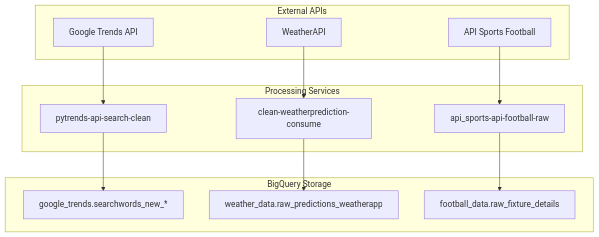
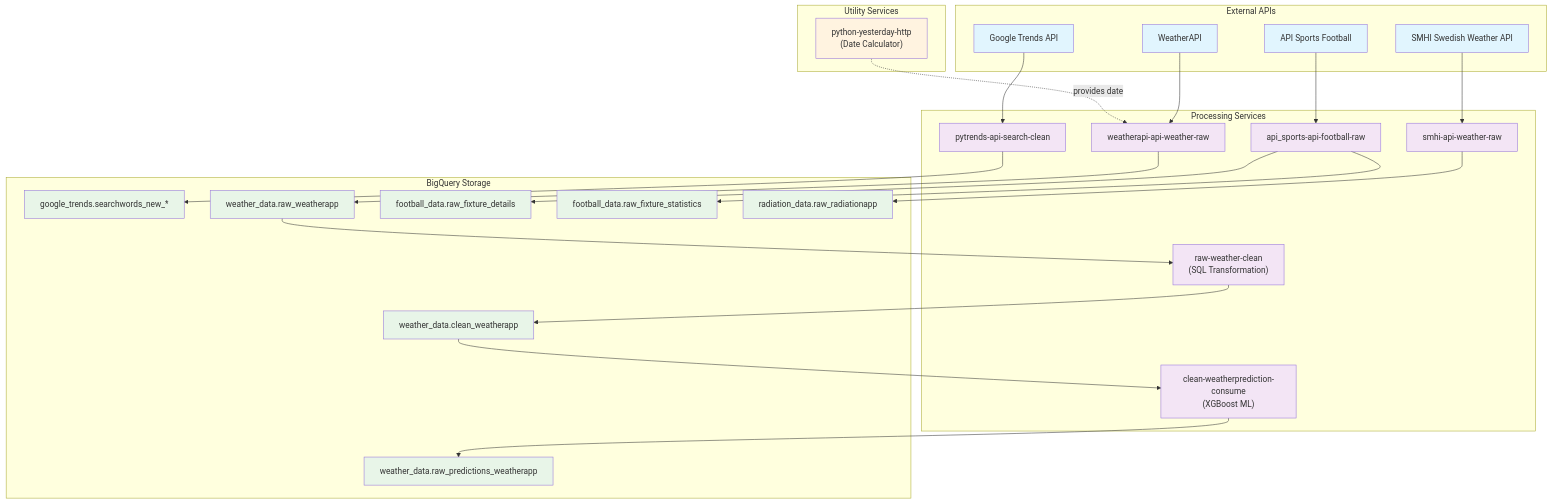
The diagram in README.md (FutureGoose/stockholm-analytics-pipeline), drawn with Mermaid before and after one commit. The commit also changed other lines of this file and 3 other files, not shown here.

````diff
--- a/README.md
+++ b/README.md
@@ -50,24 +58,55 @@
 ```mermaid
 graph TB
     subgraph "External APIs"
         GAPI["Google Trends API"]
         WAPI["WeatherAPI"]
         FAPI["API Sports Football"]
+        SMHI["SMHI Swedish Weather API"]
+    end
+    
+    subgraph "Utility Services"
+        DATE["python-yesterday-http<br/>(Date Calculator)"]
     end
     
     subgraph "Processing Services"
         PTS["pytrends-api-search-clean"]
-        CWP["clean-weatherprediction-consume"]
+        WAR["weatherapi-api-weather-raw"]
         FAR["api_sports-api-football-raw"]
+        SAR["smhi-api-weather-raw"]
+        RWC["raw-weather-clean<br/>(SQL Transformation)"]
+        CWP["clean-weatherprediction-consume<br/>(XGBoost ML)"]
     end
     
     subgraph "BigQuery Storage"
         GTBQ["google_trends.searchwords_new_*"]
+        WBQR["weather_data.raw_weatherapp"]
+        WBQC["weather_data.clean_weatherapp"]
         WBQP["weather_data.raw_predictions_weatherapp"]
         FBQF["football_data.raw_fixture_details"]
+        FBQS["football_data.raw_fixture_statistics"]
+        RBQR["radiation_data.raw_radiationapp"]
     end
     
+    %% Direct API to Processing flows
     GAPI --> PTS --> GTBQ
-    WAPI --> CWP --> WBQP
     FAPI --> FAR --> FBQF
+    FAR --> FBQS
+    SMHI --> SAR --> RBQR
+    
+    %% Weather data pipeline with dependencies
+    DATE -.->|provides date| WAR
+    WAPI --> WAR --> WBQR
+    WBQR --> RWC --> WBQC
+    WBQC --> CWP --> WBQP
+    
+    %% Styling
+    classDef apiClass fill:#e1f5fe
+    classDef serviceClass fill:#f3e5f5
+    classDef storageClass fill:#e8f5e8
+    classDef utilClass fill:#fff3e0
+    
+    class GAPI,WAPI,FAPI,SMHI apiClass
+    class PTS,WAR,FAR,SAR,RWC,CWP serviceClass
+    class GTBQ,WBQR,WBQC,WBQP,FBQF,FBQS,RBQR storageClass
+    class DATE utilClass
 ```
````
